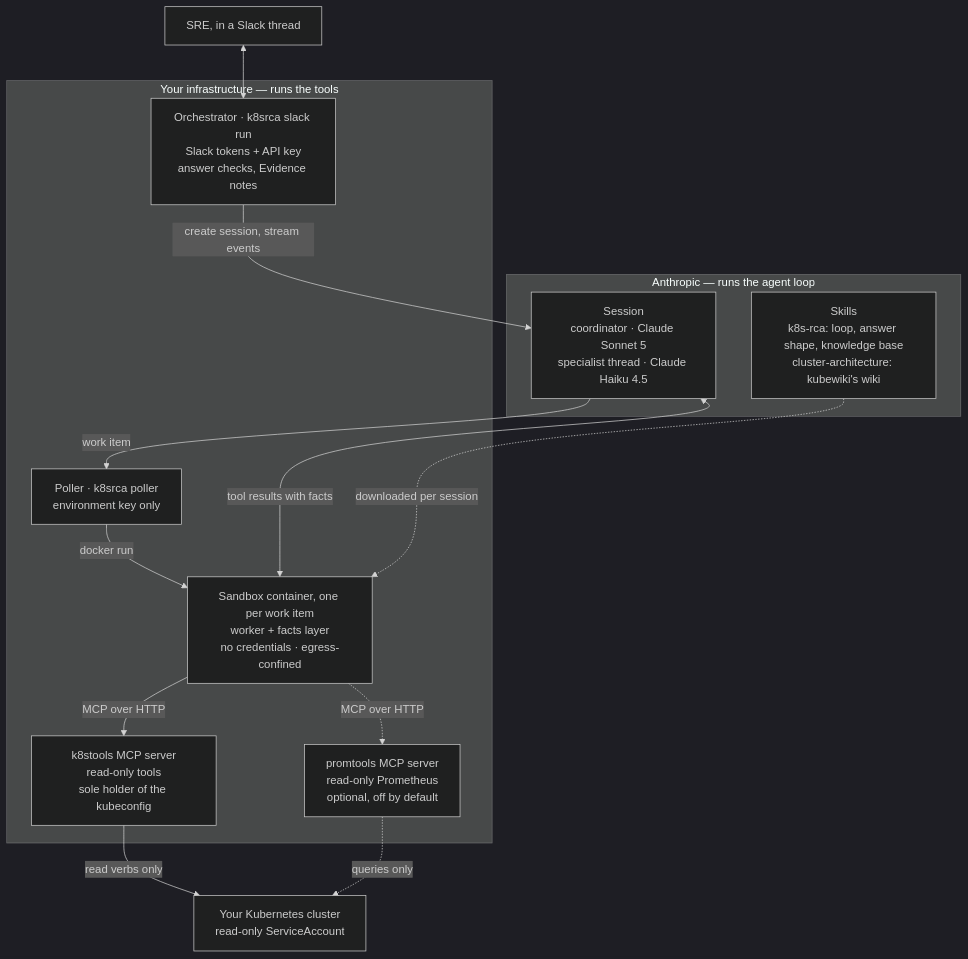
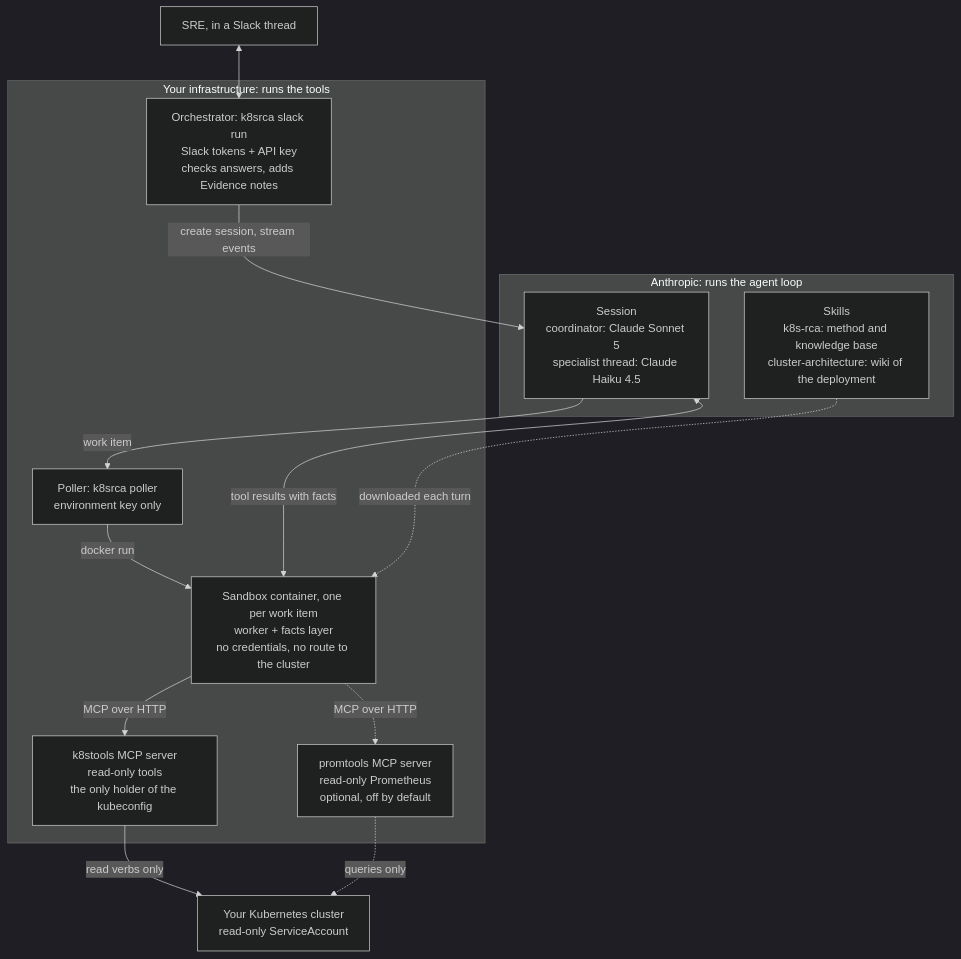
One commit to BenedatLLC/k8srca changed the diagram in README.md. Above: the diagram before and after it, drawn with Mermaid (dark theme). The commit also changed other lines of this file and 32 other files, not shown here.

````diff
--- a/README.md
+++ b/README.md
@@ -170,30 +165,30 @@
 ```mermaid
 flowchart TB
     SRE["SRE, in a Slack thread"]
 
-    subgraph anthropic["Anthropic — runs the agent loop"]
-        SESS["Session<br/>coordinator · Claude Sonnet 5<br/>specialist thread · Claude Haiku 4.5"]
-        SKILLS["Skills<br/>k8s-rca: loop, answer shape, knowledge base<br/>cluster-architecture: kubewiki's wiki"]
+    subgraph anthropic["Anthropic: runs the agent loop"]
+        SESS["Session<br/>coordinator: Claude Sonnet 5<br/>specialist thread: Claude Haiku 4.5"]
+        SKILLS["Skills<br/>k8s-rca: method and knowledge base<br/>cluster-architecture: wiki of the deployment"]
     end
 
-    subgraph yours["Your infrastructure — runs the tools"]
-        ORCH["Orchestrator · k8srca slack run<br/>Slack tokens + API key<br/>answer checks, Evidence notes"]
-        POLL["Poller · k8srca poller<br/>environment key only"]
-        SBX["Sandbox container, one per work item<br/>worker + facts layer<br/>no credentials · egress-confined"]
-        K8ST["k8stools MCP server<br/>read-only tools<br/>sole holder of the kubeconfig"]
+    subgraph yours["Your infrastructure: runs the tools"]
+        ORCH["Orchestrator: k8srca slack run<br/>Slack tokens + API key<br/>checks answers, adds Evidence notes"]
+        POLL["Poller: k8srca poller<br/>environment key only"]
+        SBX["Sandbox container, one per work item<br/>worker + facts layer<br/>no credentials, no route to the cluster"]
+        K8ST["k8stools MCP server<br/>read-only tools<br/>the only holder of the kubeconfig"]
         PROM["promtools MCP server<br/>read-only Prometheus<br/>optional, off by default"]
     end
 
     CLUSTER["Your Kubernetes cluster<br/>read-only ServiceAccount"]
 
     SRE <--> ORCH
     ORCH -->|"create session, stream events"| SESS
     SESS -->|"work item"| POLL
     POLL -->|"docker run"| SBX
-    SKILLS -.->|"downloaded per session"| SBX
+    SKILLS -.->|"downloaded each turn"| SBX
     SBX <-->|"tool results with facts"| SESS
     SBX -->|"MCP over HTTP"| K8ST
     SBX -.->|"MCP over HTTP"| PROM
     K8ST -->|"read verbs only"| CLUSTER
     PROM -.->|"queries only"| CLUSTER
 ```
````
